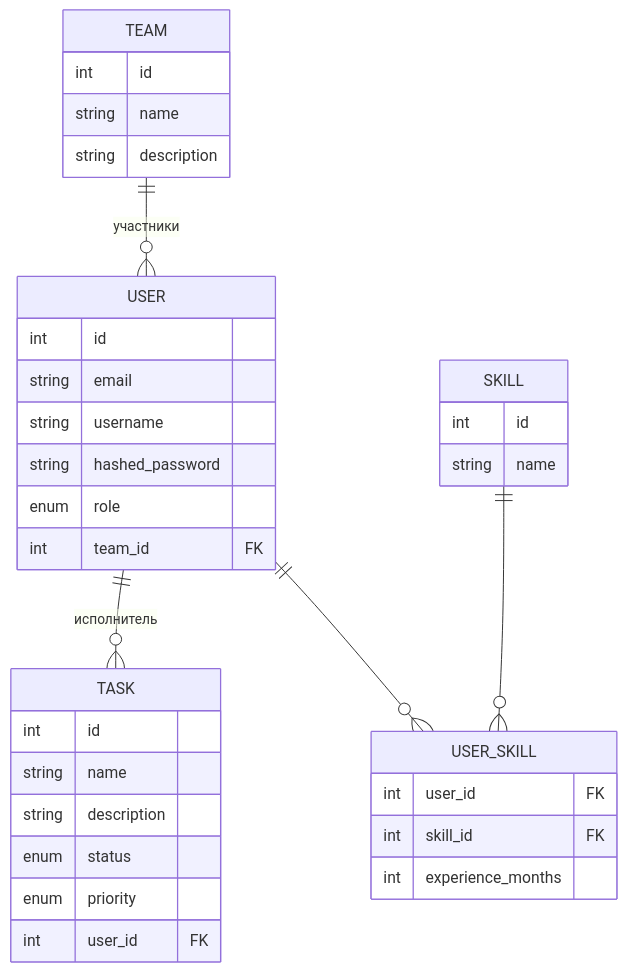
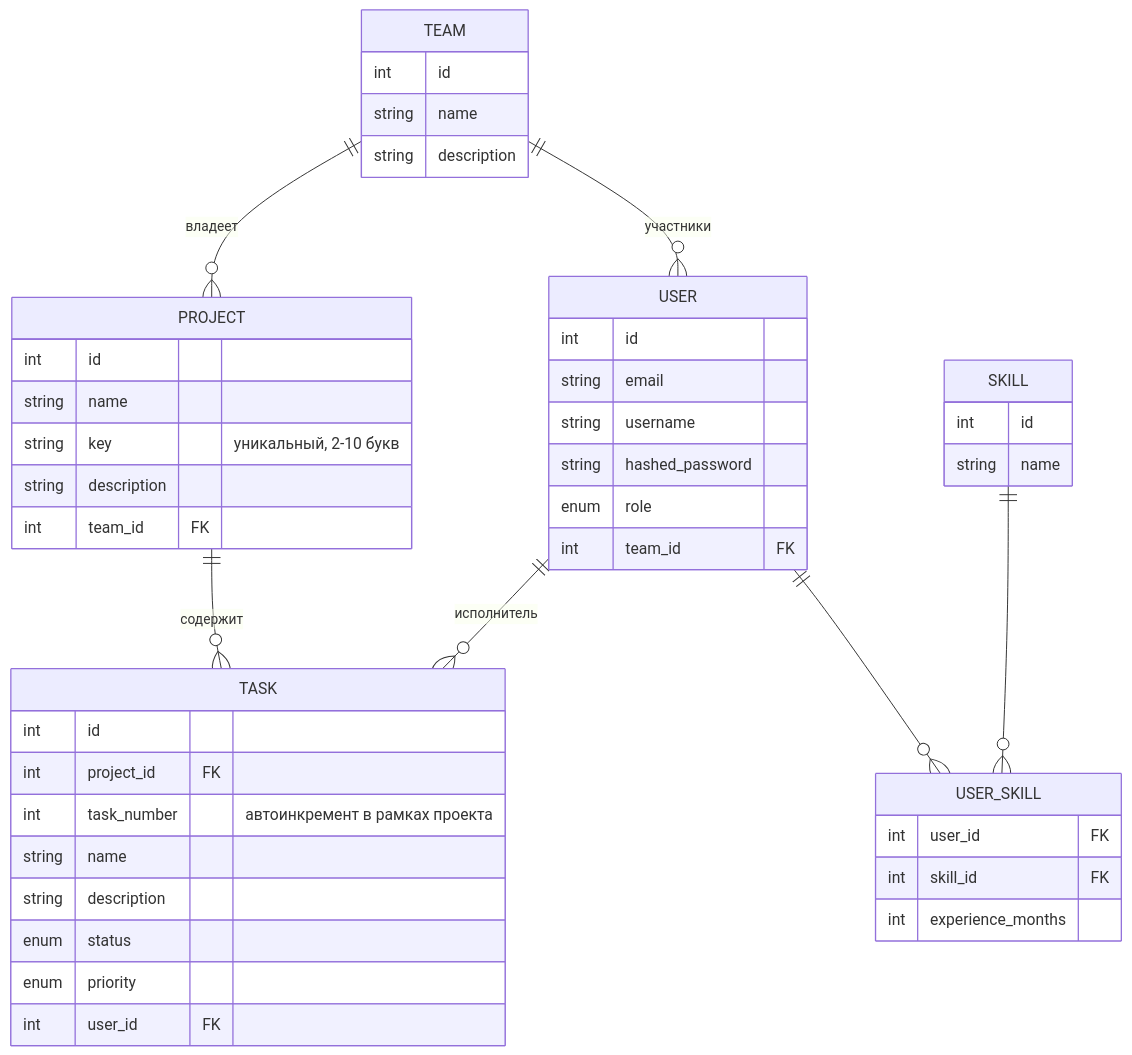
Before and after one commit to poqoyh/task-tracker: the diagram in README.md, drawn with Mermaid. The commit also changed other lines of this file, not shown here.

````diff
--- a/README.md
+++ b/README.md
@@ -58,38 +76,49 @@
 ```mermaid
 erDiagram
-    TEAM ||--o{ USER : "участники"
-    USER ||--o{ TASK : "исполнитель"
-    USER ||--o{ USER_SKILL : ""
-    SKILL ||--o{ USER_SKILL : ""
- 
+    TEAM ||--o{ USER: "участники"
+    TEAM ||--o{ PROJECT: "владеет"
+    PROJECT ||--o{ TASK: "содержит"
+    USER ||--o{ TASK: "исполнитель"
+    USER ||--o{ USER_SKILL: ""
+    SKILL ||--o{ USER_SKILL: ""
+
     TEAM {
         int id
         string name
         string description
     }
     USER {
         int id
         string email
         string username
         string hashed_password
         enum role
         int team_id FK
     }
+    PROJECT {
+        int id
+        string name
+        string key "уникальный, 2-10 букв"
+        string description
+        int team_id FK
+    }
     TASK {
         int id
+        int project_id FK
+        int task_number "автоинкремент в рамках проекта"
         string name
         string description
         enum status
         enum priority
         int user_id FK
     }
     SKILL {
         int id
         string name
     }
     USER_SKILL {
         int user_id FK
         int skill_id FK
         int experience_months
     }
 ```
````
